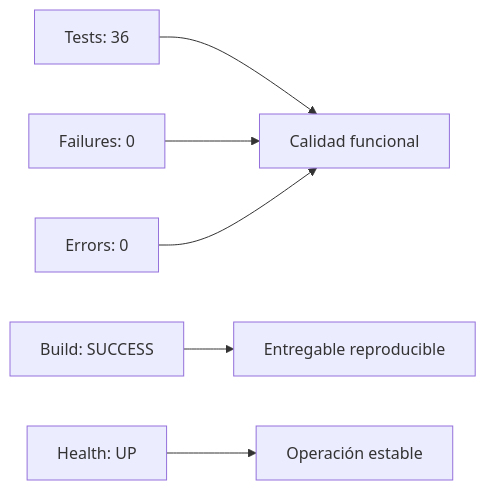
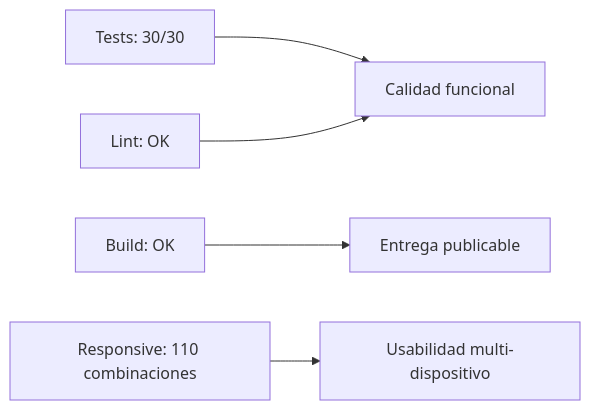
Diagram 16 of 19 in lisource-frontend/README.md (lisudea/technical-test-2026-2), drawn with Mermaid before and after one commit. The commit also changed other lines of this file and 1 other file, not shown here.

````diff
--- a/lisource-frontend/README.md
+++ b/lisource-frontend/README.md
@@ -1120,8 +823,7 @@
 ```mermaid
 flowchart LR
-  T[Tests: 36] --> Q[Calidad funcional]
-  F[Failures: 0] --> Q
-  E[Errors: 0] --> Q
-  B[Build: SUCCESS] --> D[Entregable reproducible]
-  H[Health: UP] --> O[Operación estable]
+  T[Tests: 30/30] --> Q[Calidad funcional]
+  L[Lint: OK] --> Q
+  B[Build: OK] --> D[Entrega publicable]
+  R[Responsive: 110 combinaciones] --> U[Usabilidad multi-dispositivo]
 ```
````
